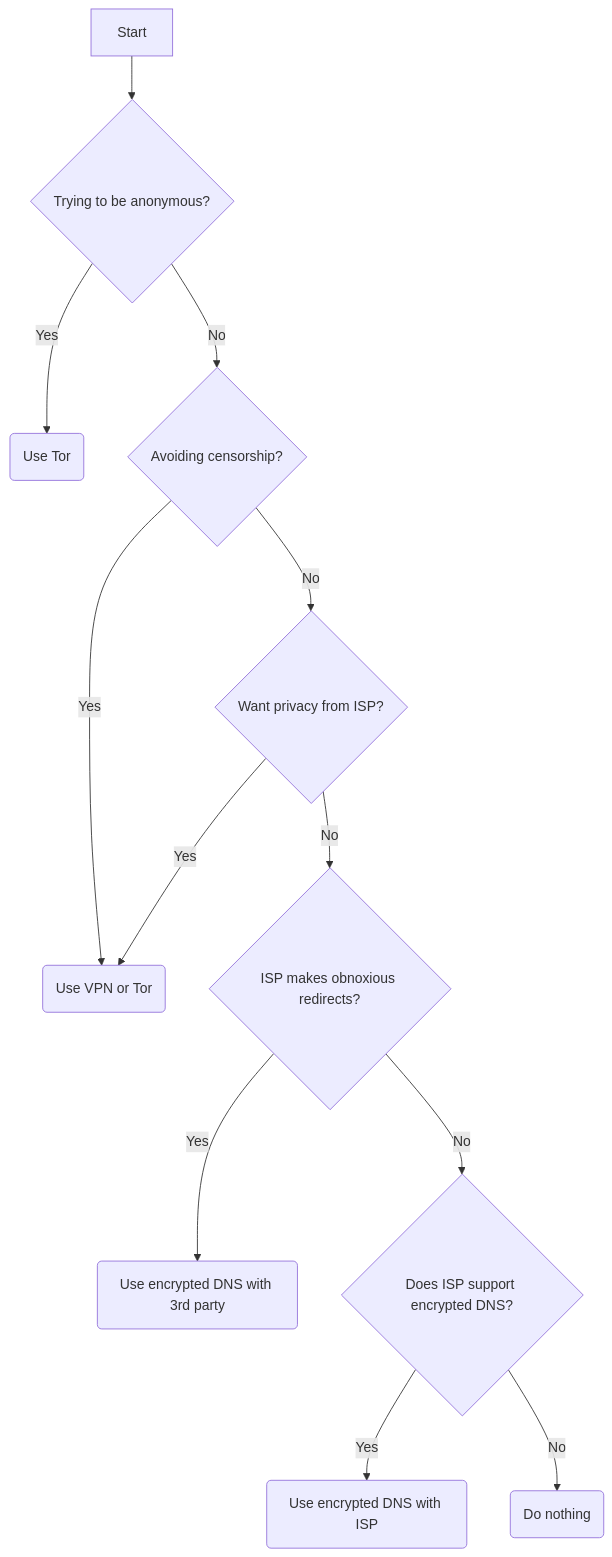
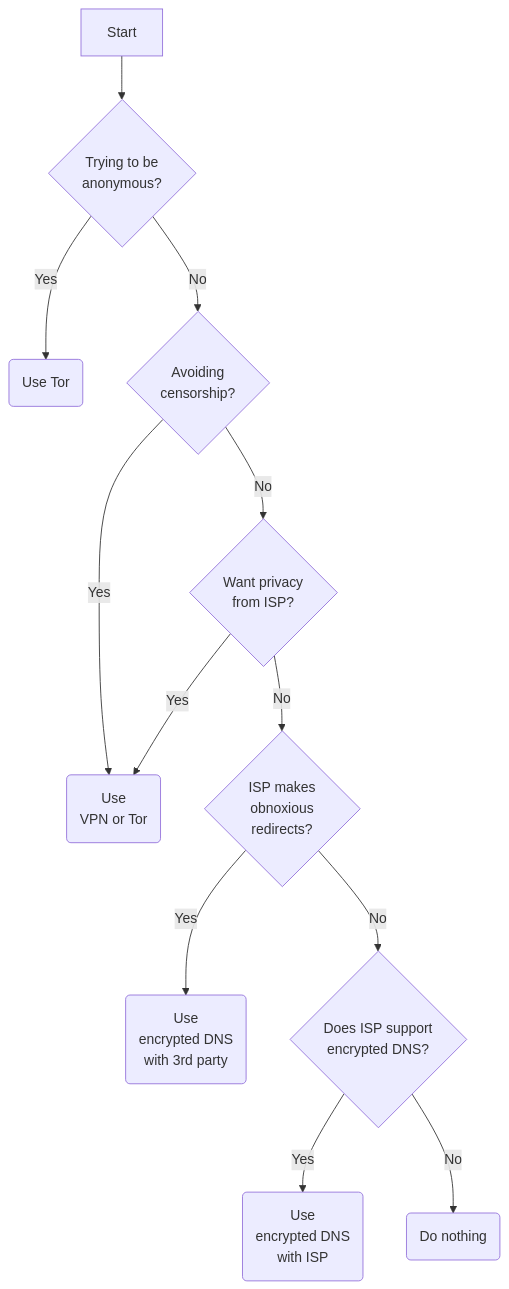
Before and after one commit to romandev0318/privacyguides.org: the diagram in docs/technology/dns.md, drawn with Mermaid. The commit also changed other lines of this file, not shown here.

Commit message:
Should I use encrypted DNS update (#926)

````diff
--- a/docs/technology/dns.md
+++ b/docs/technology/dns.md
@@ -114,14 +263,14 @@
 ``` mermaid
 graph TB
-    Start[Start] --> anonymous{Trying to be anonymous?}
+    Start[Start] --> anonymous{Trying to be<br> anonymous?}
     anonymous--> | Yes | tor(Use Tor)
-    anonymous --> | No | censorship{Avoiding censorship?}
-    censorship --> | Yes | vpnOrTor(Use VPN or Tor)
-    censorship --> | No | privacy{Want privacy from ISP?}
+    anonymous --> | No | censorship{Avoiding<br> censorship?}
+    censorship --> | Yes | vpnOrTor(Use<br> VPN or Tor)
+    censorship --> | No | privacy{Want privacy<br> from ISP?}
     privacy --> | Yes | vpnOrTor
-    privacy --> | No | obnoxious{ISP makes obnoxious redirects?}
-    obnoxious --> | Yes | encryptedDNS(Use encrypted DNS with 3rd party)
-    obnoxious --> | No | ispDNS{Does ISP support encrypted DNS?}
-    ispDNS --> | Yes | useISP(Use encrypted DNS with ISP)
+    privacy --> | No | obnoxious{ISP makes<br> obnoxious<br> redirects?}
+    obnoxious --> | Yes | encryptedDNS(Use<br> encrypted DNS<br> with 3rd party)
+    obnoxious --> | No | ispDNS{Does ISP support<br> encrypted DNS?}
+    ispDNS --> | Yes | useISP(Use<br> encrypted DNS<br> with ISP)
     ispDNS --> | No | nothing(Do nothing)
 ```
````
